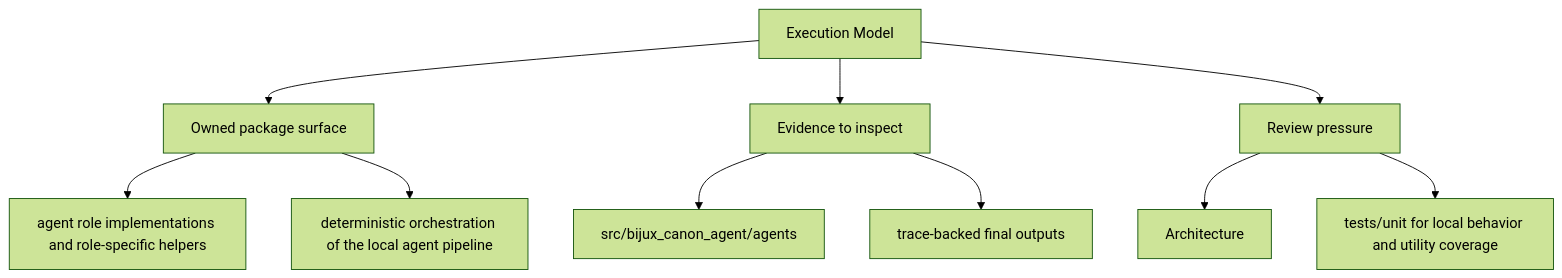
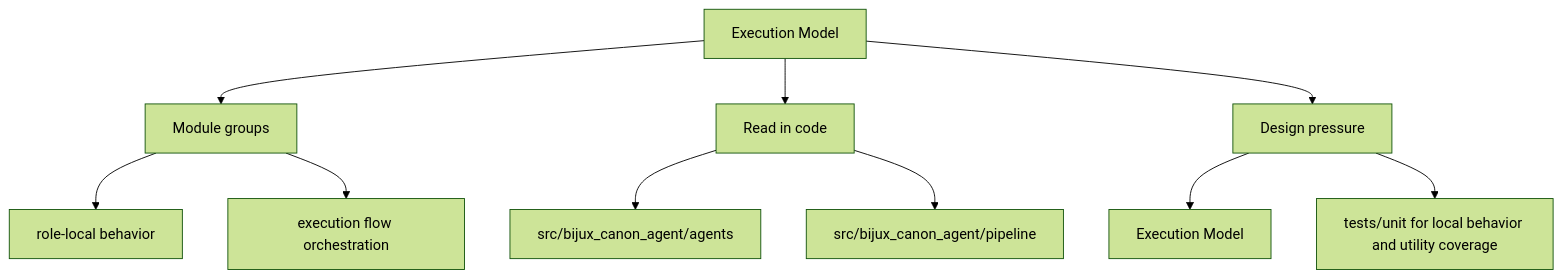
One commit to bijux/bijux-canon changed the second of 2 diagrams in docs/bijux-canon-agent/architecture/execution-model.md. Above: the diagram before and after it, drawn with Mermaid (forest theme). The commit also changed other lines of this file and 250 other files, not shown here.

Commit message:
docs(diagrams): make product page maps more readable

````diff
--- a/docs/bijux-canon-agent/architecture/execution-model.md
+++ b/docs/bijux-canon-agent/architecture/execution-model.md
@@ -36,22 +36,22 @@
 ```mermaid
 flowchart TD
     page["Execution Model"]
-    focus1["Owned package surface"]
+    focus1["Module groups"]
     page --> focus1
-    focus1_1["agent role implementations and role-specific helpers"]
+    focus1_1["role-local behavior"]
     focus1 --> focus1_1
-    focus1_2["deterministic orchestration of the local agent pipeline"]
+    focus1_2["execution flow orchestration"]
     focus1 --> focus1_2
-    focus2["Evidence to inspect"]
+    focus2["Read in code"]
     page --> focus2
     focus2_1["src/bijux_canon_agent/agents"]
     focus2 --> focus2_1
-    focus2_2["trace-backed final outputs"]
+    focus2_2["src/bijux_canon_agent/pipeline"]
     focus2 --> focus2_2
-    focus3["Review pressure"]
+    focus3["Design pressure"]
     page --> focus3
-    focus3_1["Architecture"]
+    focus3_1["Execution Model"]
     focus3 --> focus3_1
     focus3_2["tests/unit for local behavior and utility coverage"]
     focus3 --> focus3_2
 ```
````
